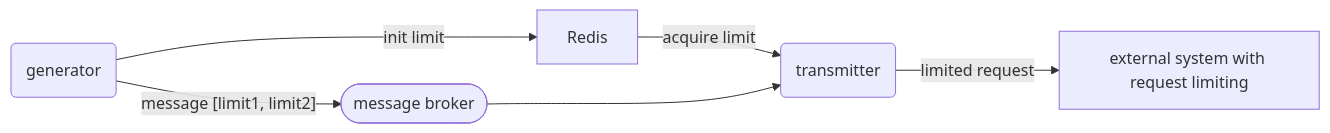
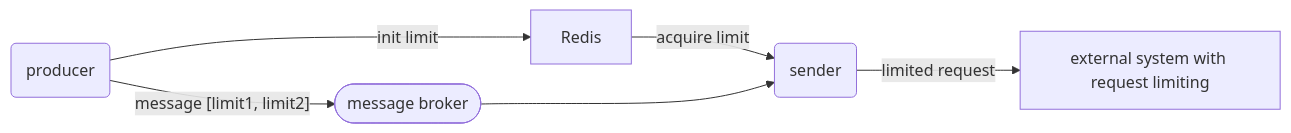
One commit to RND-SOFT/Rapidity changed the diagram in README.md. Above: the diagram before and after it, drawn with Mermaid. The commit also changed other lines of this file and 19 other files, not shown here.

````diff
--- a/README.md
+++ b/README.md
@@ -85,13 +85,13 @@
 ```mermaid
 flowchart LR
-    G(generator)
+    G(producer)
     B[Redis]
     A(["message broker"])
-    T(transmitter)
+    T(sender)
     E["external system with request limiting"]
     G-- init limit -->B
     B-- acquire limit -->T
     G-- message [limit1, limit2] -->A
     A--->T
     T-- limited request -->E
 ```
````
